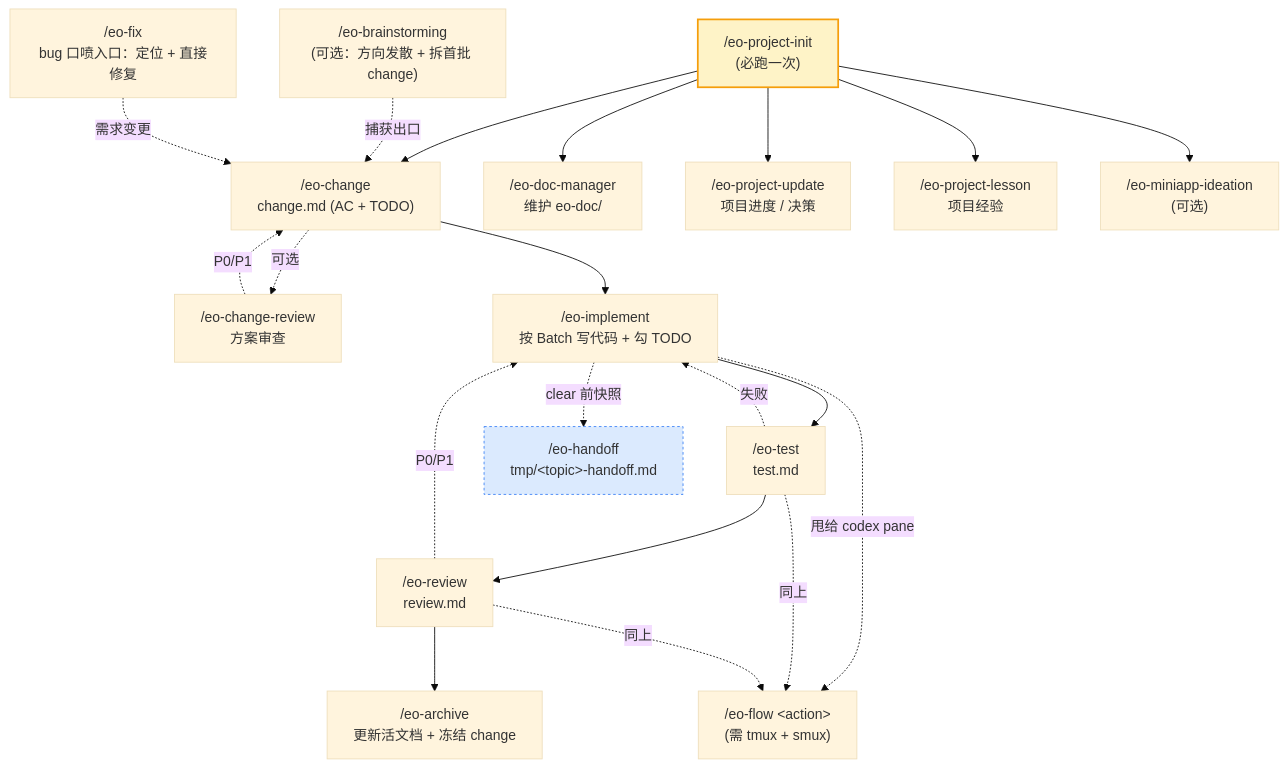
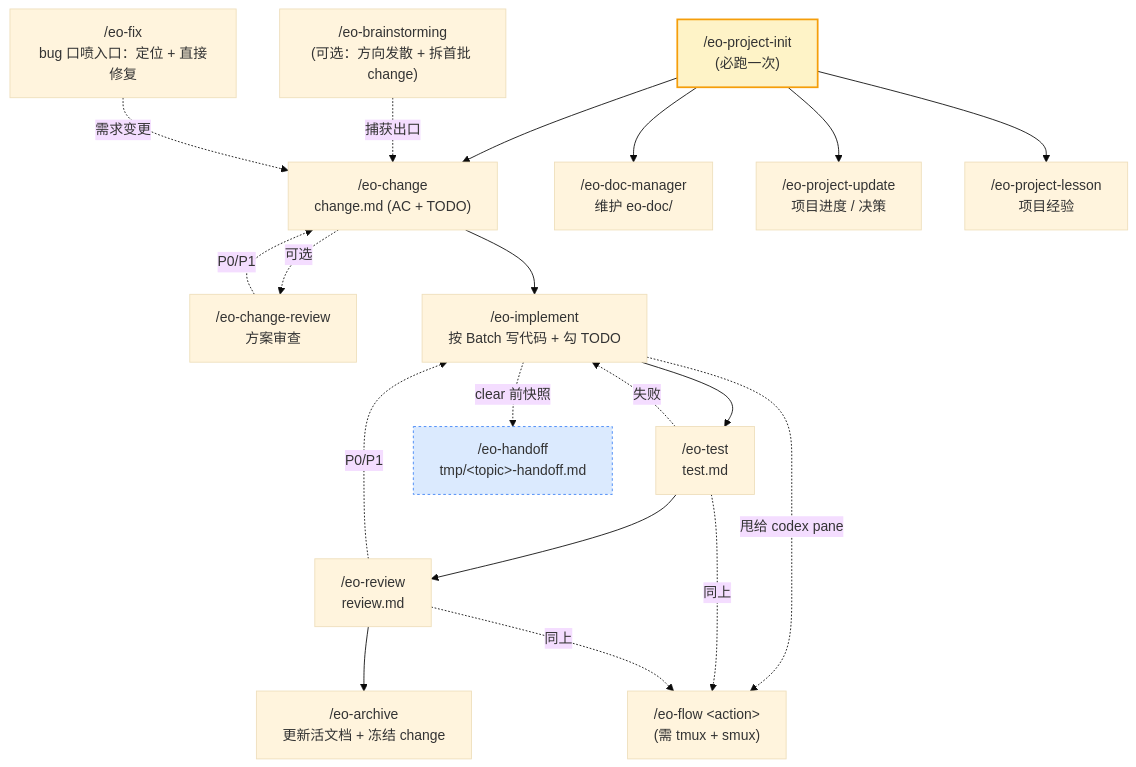
Before and after one commit to SimpleEve/eo-skills: the diagram in README.md, drawn with Mermaid (base theme). The commit also changed other lines of this file and 3 other files, not shown here.

First line of the commit message:
删除 eo-miniapp-ideation + 新增交互式说明页 docs/how-it-works.html

````diff
--- a/README.md
+++ b/README.md
@@ -96,29 +96,28 @@
 ```mermaid
 flowchart TD
     Init["/eo-project-init<br/>(必跑一次)"]:::entry --> Change
     Brain["/eo-brainstorming<br/>(可选：方向发散 + 拆首批 change)"] -.捕获出口.-> Change["/eo-change<br/>change.md (AC + TODO)"]
     Change -.可选.-> CR["/eo-change-review<br/>方案审查"]
     CR -.P0/P1.-> Change
     Change --> Imp["/eo-implement<br/>按 Batch 写代码 + 勾 TODO"]
     Imp --> Test["/eo-test<br/>test.md"]
     Test -.失败.-> Imp
     Test --> Rev["/eo-review<br/>review.md"]
     Rev -.P0/P1.-> Imp
     Rev --> Arch["/eo-archive<br/>更新活文档 + 冻结 change"]
 
     Fix["/eo-fix<br/>bug 口喷入口：定位 + 直接修复"] -.需求变更.-> Change
 
     Imp -.甩给 codex pane.-> Flow["/eo-flow &lt;action&gt;<br/>(需 tmux + smux)"]
     Test -.同上.-> Flow
     Rev -.同上.-> Flow
 
     Init --> Doc["/eo-doc-manager<br/>维护 eo-doc/"]
     Init --> PU["/eo-project-update<br/>项目进度 / 决策"]
     Init --> PL["/eo-project-lesson<br/>项目经验"]
-    Init --> Mini["/eo-miniapp-ideation<br/>(可选)"]
 
     Imp -.clear 前快照.-> Hand["/eo-handoff<br/>tmp/&lt;topic&gt;-handoff.md"]:::cross
 
     classDef entry fill:#fef3c7,stroke:#f59e0b,stroke-width:2px
     classDef cross fill:#dbeafe,stroke:#3b82f6,stroke-dasharray: 3 3
 ```
````
